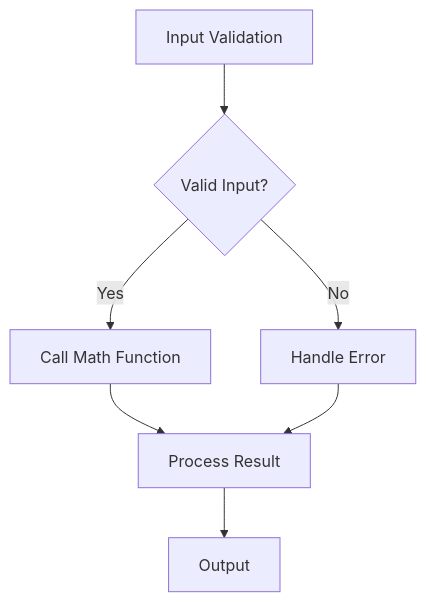
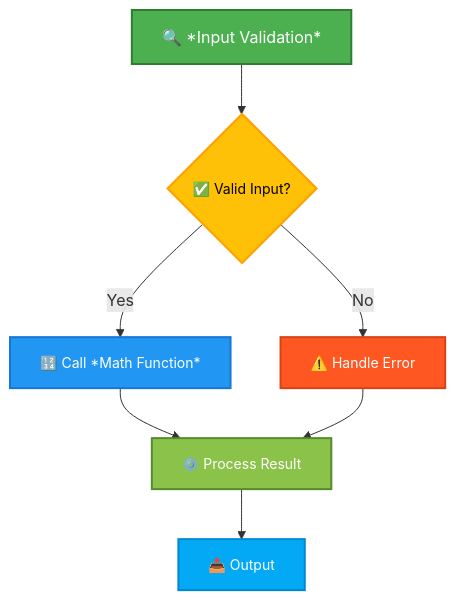
One commit to infoyouth/infoyouth.github.io changed diagram 11 of 11 in _posts/2024-11-30-c-functions.md. Above: the diagram before and after it, drawn with Mermaid. The commit also changed other lines of this file, not shown here.

````diff
--- a/_posts/2024-11-30-c-functions.md
+++ b/_posts/2024-11-30-c-functions.md
@@ -1301,9 +1330,17 @@
 ```mermaid
 graph TD
-    A[Input Validation] --> B{Valid Input?};
-    B -- Yes --> C[Call Math Function];
-    B -- No --> D[Handle Error];
-    C --> E[Process Result];
+    A[🔍 *Input Validation*] --> B{✅ Valid Input?};
+    B -- Yes --> C[🔢 Call *Math Function*];
+    B -- No --> D[⚠️ Handle Error];
+    C --> E[⚙️ Process Result];
     D --> E;
-    E --> F[Output];
+    E --> F[📤 Output];
+
+    style A fill:#4CAF50,stroke:#2E7D32,stroke-width:2px,color:#FFFFFF,font-size:16px
+    style B fill:#FFC107,stroke:#FFA000,stroke-width:2px,color:#000000,font-size:14px,shadow:true
+    style C fill:#2196F3,stroke:#1976D2,stroke-width:2px,color:#FFFFFF,font-size:14px
+    style D fill:#FF5722,stroke:#D84315,stroke-width:2px,color:#FFFFFF,font-size:14px
+    style E fill:#8BC34A,stroke:#558B2F,stroke-width:2px,color:#FFFFFF,font-size:14px
+    style F fill:#03A9F4,stroke:#0288D1,stroke-width:2px,color:#FFFFFF,font-size:14px
+
 ```
````
